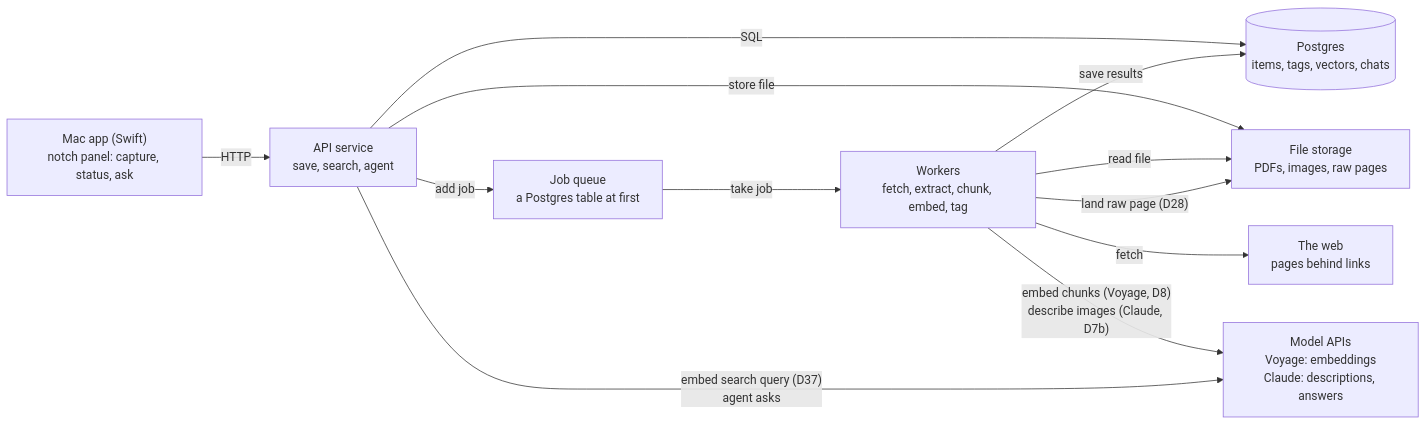
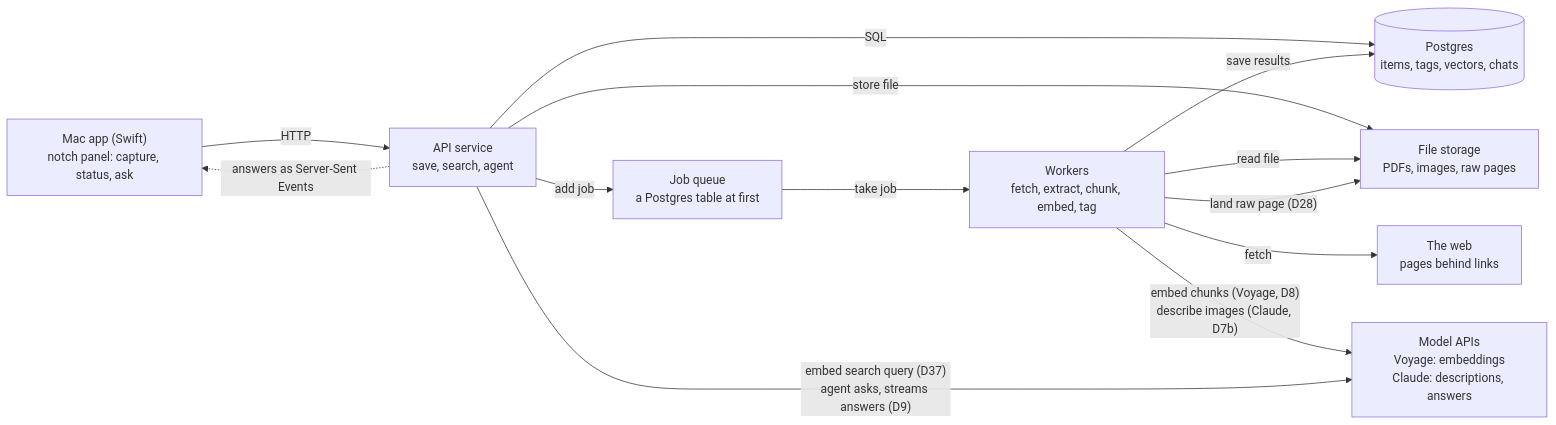
The diagram in docs/plan/architecture.md (sxnfer/mind-dump), drawn with Mermaid before and after one commit. The commit also changed other lines of this file and 6 other files, not shown here.

Commit message:
Docs: M5 schema, tasks, README, settings, architecture and status

````diff
--- a/docs/plan/architecture.md
+++ b/docs/plan/architecture.md
@@ -7,14 +7,15 @@
 ```mermaid
 flowchart LR
     App["Mac app (Swift)<br/>notch panel: capture, status, ask"] -- HTTP --> API["API service<br/>save, search, agent"]
     API -- SQL --> DB[("Postgres<br/>items, tags, vectors, chats")]
     API -- "add job" --> Q["Job queue<br/>a Postgres table at first"]
     API -- "store file" --> FS["File storage<br/>PDFs, images, raw pages"]
     Q -- "take job" --> W["Workers<br/>fetch, extract, chunk, embed, tag"]
     W -- "save results" --> DB
     W -- "read file" --> FS
     W -- fetch --> WEB["The web<br/>pages behind links"]
     W -- "land raw page (D28)" --> FS
     W -- "embed chunks (Voyage, D8)<br/>describe images (Claude, D7b)" --> M["Model APIs<br/>Voyage: embeddings<br/>Claude: descriptions, answers"]
-    API -- "embed search query (D37)<br/>agent asks" --> M
+    API -- "embed search query (D37)<br/>agent asks, streams answers (D9)" --> M
+    API -. "answers as Server-Sent Events" .-> App
 ```
````
